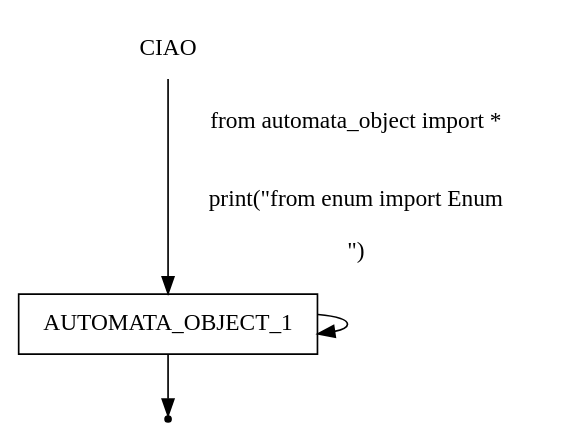
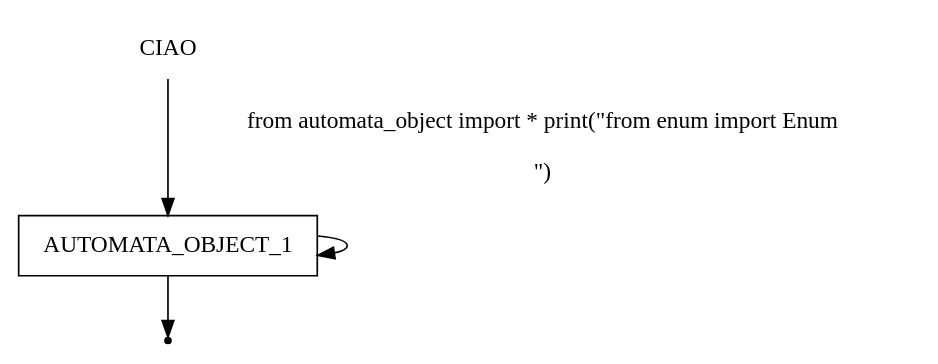
One commit to Samirox66/ciao changed the diagram in ciao_gv/ciao.gv. Above: the diagram before and after it, drawn with Graphviz. The commit also changed 10 other files, not shown here.

```diff
--- a/ciao_gv/ciao.gv
+++ b/ciao_gv/ciao.gv
@@ -1,11 +1,8 @@
 digraph CIAO {
     start [label=CIAO shape=plaintext]
     A [label=AUTOMATA_OBJECT_1 shape=box]
     end [label="" shape=point]
-    start -> A [label="from automata_object import *
-
-
-print(\"from enum import Enum\n\n\")"]
+    start -> A [label="from automata_object import * print(\"from enum import Enum\n\n\")"]
     A -> A
     A -> end
 }
```
